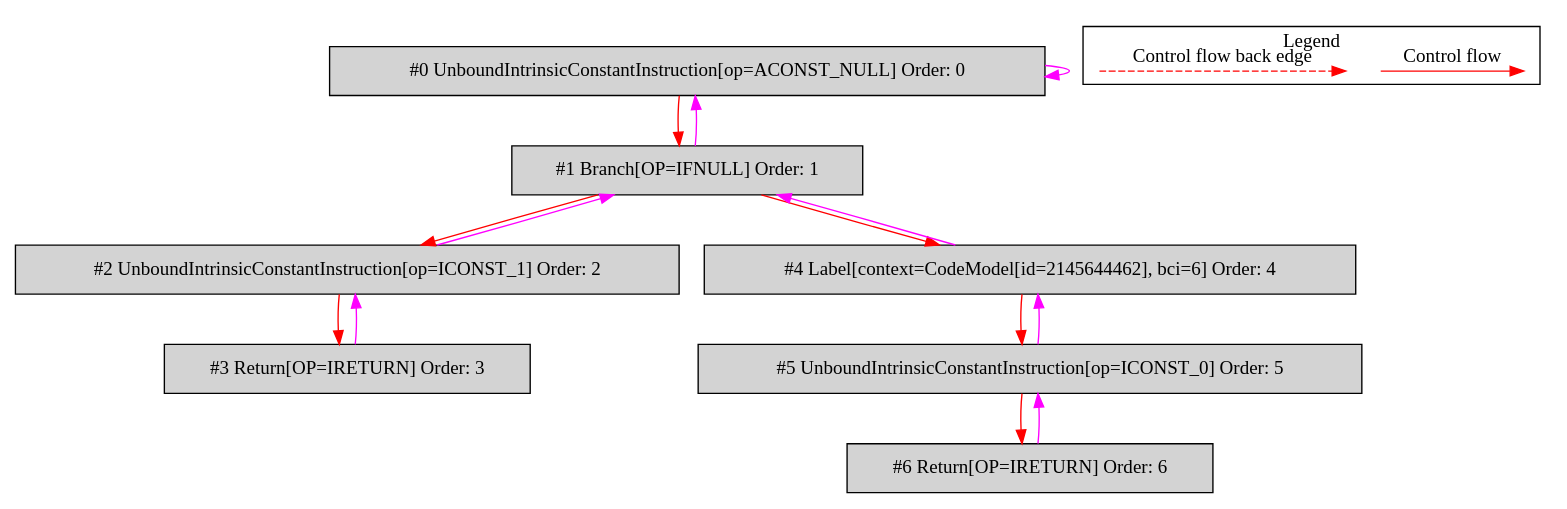
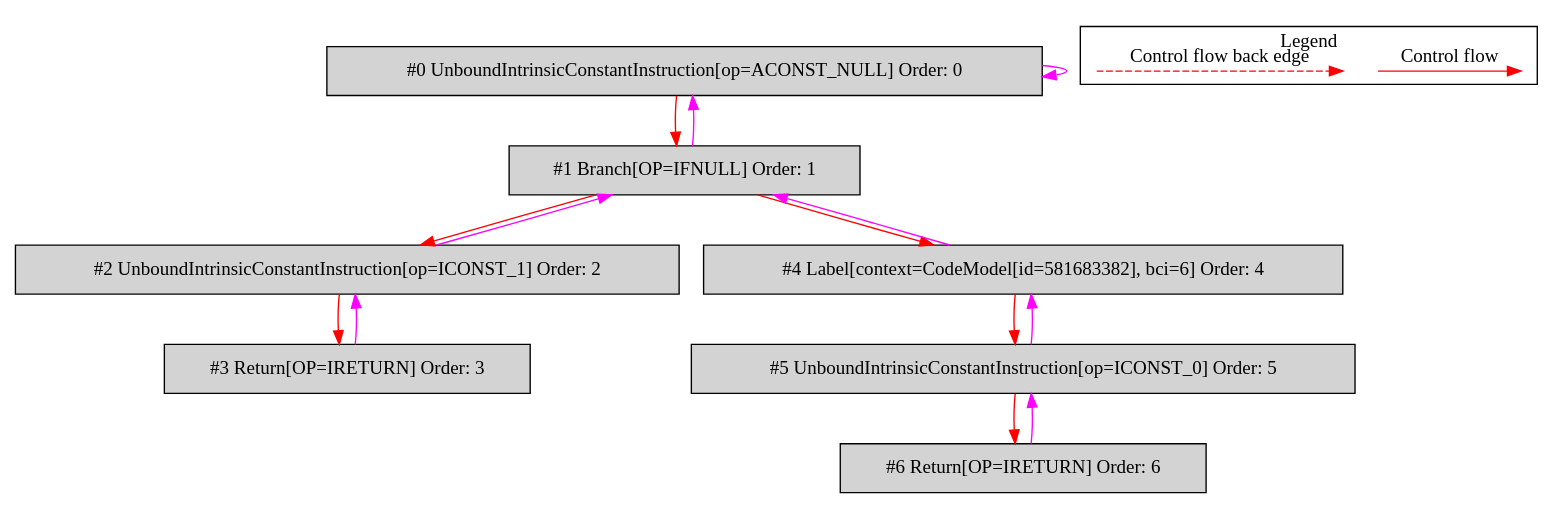
The diagram in de.mirkosertic.metair.ir.OpcodeIFNULLTest/test_IFNULL/bytecodecfg.dot (mirkosertic/MetaIR), drawn with Graphviz before and after one commit. The commit also changed 1281 other files, not shown here.

```diff
--- a/de.mirkosertic.metair.ir.OpcodeIFNULLTest/test_IFNULL/bytecodecfg.dot
+++ b/de.mirkosertic.metair.ir.OpcodeIFNULLTest/test_IFNULL/bytecodecfg.dot
@@ -1,37 +1,37 @@
 digraph {
  ordering="in";
  node0[label="#0 UnboundIntrinsicConstantInstruction[op=ACONST_NULL] Order: 0", shape=box, fillcolor=lightgrey, style=filled];
  node1[label="#1 Branch[OP=IFNULL] Order: 1", shape=box, fillcolor=lightgrey, style=filled];
  node2[label="#2 UnboundIntrinsicConstantInstruction[op=ICONST_1] Order: 2", shape=box, fillcolor=lightgrey, style=filled];
  node3[label="#3 Return[OP=IRETURN] Order: 3", shape=box, fillcolor=lightgrey, style=filled];
- node4[label="#4 Label[context=CodeModel[id=2145644462], bci=6] Order: 4", shape=box, fillcolor=lightgrey, style=filled];
+ node4[label="#4 Label[context=CodeModel[id=581683382], bci=6] Order: 4", shape=box, fillcolor=lightgrey, style=filled];
  node5[label="#5 UnboundIntrinsicConstantInstruction[op=ICONST_0] Order: 5", shape=box, fillcolor=lightgrey, style=filled];
  node6[label="#6 Return[OP=IRETURN] Order: 6", shape=box, fillcolor=lightgrey, style=filled];
  node0 -> node0[color=fuchsia];
  node0 -> node1[color=red];
  node1 -> node0[color=fuchsia];
  node1 -> node2[color=red];
  node2 -> node1[color=fuchsia];
  node2 -> node3[color=red];
  node3 -> node2[color=fuchsia];
  node1 -> node4[color=red];
  node4 -> node1[color=fuchsia];
  node4 -> node5[color=red];
  node5 -> node4[color=fuchsia];
  node5 -> node6[color=red];
  node6 -> node5[color=fuchsia];
  subgraph cluster_000 {
   label = "Legend";
   node [shape=point]
   {
    rank=same;
    c0 [style = invis];
    c1 [style = invis];
    c2 [style = invis];
    c3 [style = invis];
   }
   c0 -> c1 [label="Control flow", style=solid, color=red]
   c2 -> c3 [label="Control flow back edge", style=dashed, color=red]
  }
 
 }
```
